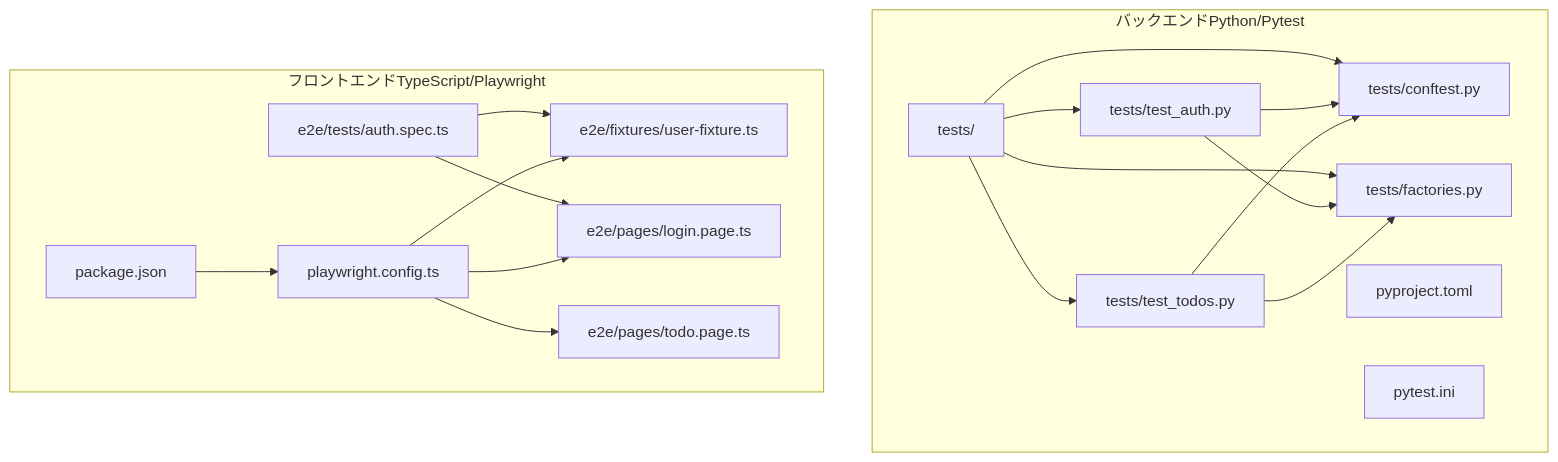
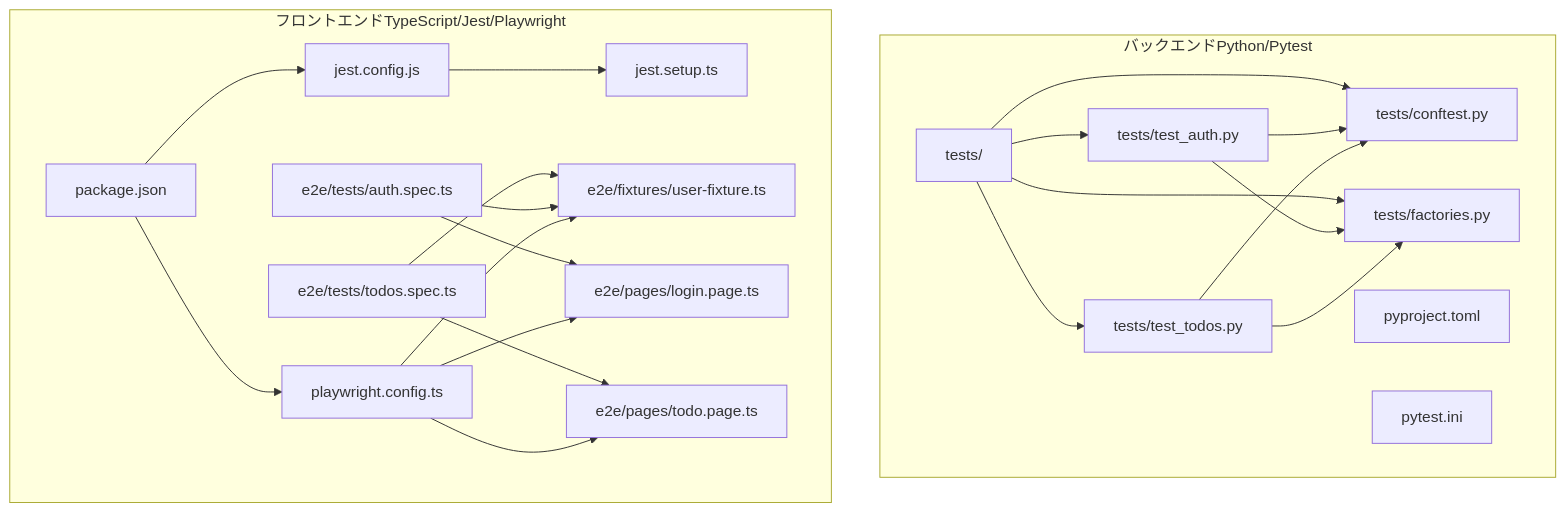
The first of 5 diagrams in .qoder/repowiki/ja/content/トラブルシューティング/テストの実行と問題解決.md (ss8806/Todos), drawn with Mermaid before and after one commit. The commit also changed other lines of this file and 35 other files, not shown here.

````diff
--- a/.qoder/repowiki/ja/content/トラブルシューティング/テストの実行と問題解決.md
+++ b/.qoder/repowiki/ja/content/トラブルシューティング/テストの実行と問題解決.md
@@ -41,34 +46,41 @@
 ```mermaid
 graph TB
 subgraph "バックエンドPython/Pytest"
 BE_TESTS["tests/"]
 BE_CONF["tests/conftest.py"]
 BE_FACT["tests/factories.py"]
 BE_AUTH["tests/test_auth.py"]
 BE_TODOS["tests/test_todos.py"]
 BE_PYCONF["pyproject.toml"]
 BE_PIPENV["pytest.ini"]
 end
-subgraph "フロントエンドTypeScript/Playwright"
+subgraph "フロントエンドTypeScript/Jest/Playwright"
 FE_PKG["package.json"]
+FE_JEST["jest.config.js"]
+FE_SETUP["jest.setup.ts"]
 FE_PWCONF["playwright.config.ts"]
 FE_FIX["e2e/fixtures/user-fixture.ts"]
 FE_PAGE_L["e2e/pages/login.page.ts"]
 FE_PAGE_T["e2e/pages/todo.page.ts"]
 FE_TEST_A["e2e/tests/auth.spec.ts"]
+FE_TEST_T["e2e/tests/todos.spec.ts"]
 end
 BE_TESTS --> BE_CONF
 BE_TESTS --> BE_FACT
 BE_TESTS --> BE_AUTH
 BE_TESTS --> BE_TODOS
 BE_AUTH --> BE_CONF
 BE_TODOS --> BE_CONF
 BE_AUTH --> BE_FACT
 BE_TODOS --> BE_FACT
+FE_PKG --> FE_JEST
 FE_PKG --> FE_PWCONF
+FE_JEST --> FE_SETUP
 FE_PWCONF --> FE_FIX
 FE_PWCONF --> FE_PAGE_L
 FE_PWCONF --> FE_PAGE_T
 FE_TEST_A --> FE_PAGE_L
 FE_TEST_A --> FE_FIX
+FE_TEST_T --> FE_PAGE_T
+FE_TEST_T --> FE_FIX
 ```
````
